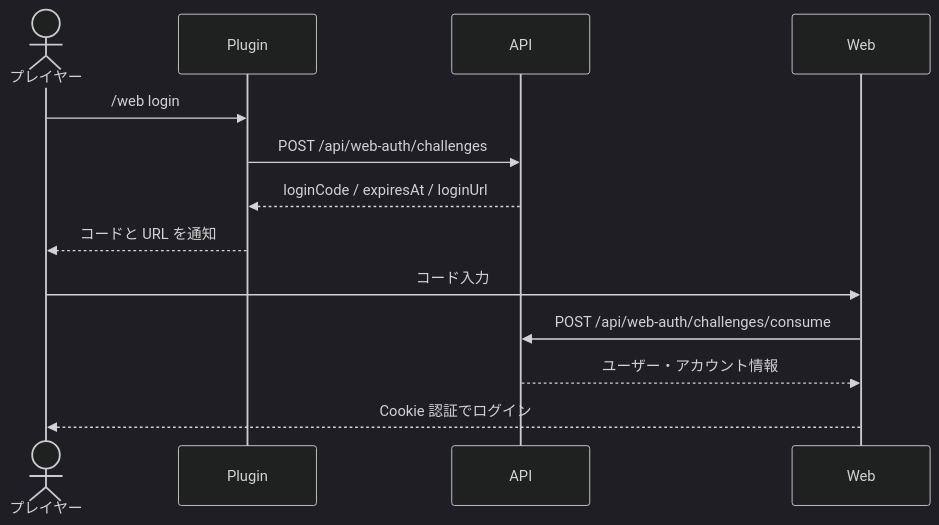
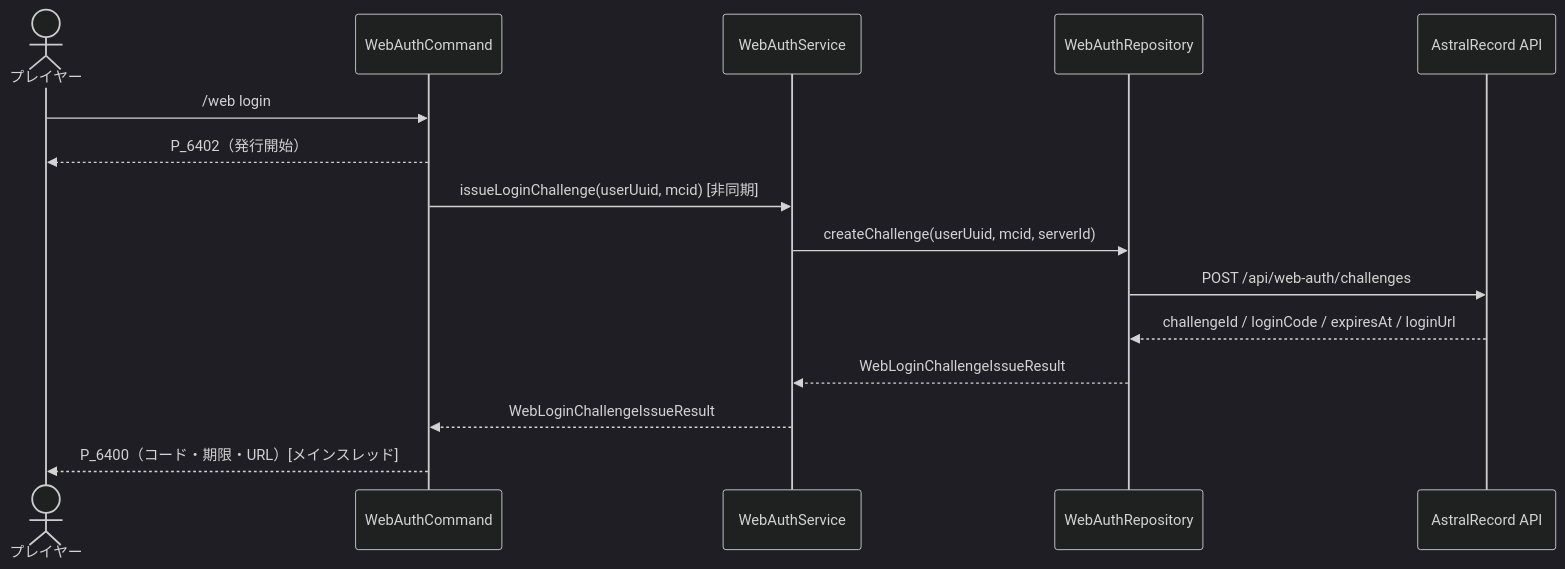
One commit to maaasu/AstralRecord-Workspace changed the diagram in 00_docs/10_Plugin設計書/feature/24-web-auth/4-統合フロー/24_4.00-統合フロー.md. Above: the diagram before and after it, drawn with Mermaid (dark theme). The commit also changed other lines of this file and 288 other files, not shown here.

````diff
--- a/00_docs/10_Plugin設計書/feature/24-web-auth/4-統合フロー/24_4.00-統合フロー.md
+++ b/00_docs/10_Plugin設計書/feature/24-web-auth/4-統合フロー/24_4.00-統合フロー.md
@@ -3,15 +7,17 @@
 ```mermaid
 sequenceDiagram
     actor Player as プレイヤー
-    participant Plugin
-    participant API
-    participant Web
-    Player->>Plugin: /web login
-    Plugin->>API: POST /api/web-auth/challenges
-    API-->>Plugin: loginCode / expiresAt / loginUrl
-    Plugin-->>Player: コードと URL を通知
-    Player->>Web: コード入力
-    Web->>API: POST /api/web-auth/challenges/consume
-    API-->>Web: ユーザー・アカウント情報
-    Web-->>Player: Cookie 認証でログイン
+    participant Command as WebAuthCommand
+    participant Service as WebAuthService
+    participant Repository as WebAuthRepository
+    participant API as AstralRecord API
+    Player->>Command: /web login
+    Command-->>Player: P_6402（発行開始）
+    Command->>Service: issueLoginChallenge(userUuid, mcid) [非同期]
+    Service->>Repository: createChallenge(userUuid, mcid, serverId)
+    Repository->>API: POST /api/web-auth/challenges
+    API-->>Repository: challengeId / loginCode / expiresAt / loginUrl
+    Repository-->>Service: WebLoginChallengeIssueResult
+    Service-->>Command: WebLoginChallengeIssueResult
+    Command-->>Player: P_6400（コード・期限・URL）[メインスレッド]
 ```
````
